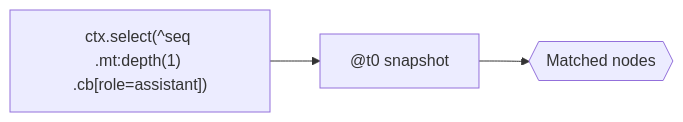
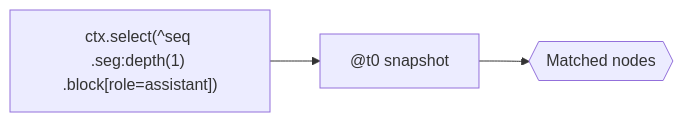
Before and after one commit to earldennison/PACT-spec: the fourth of 4 diagrams in docs/diagrams.md, drawn with Mermaid. The commit also changed other lines of this file and 16 other files, not shown here.

````diff
--- a/docs/diagrams.md
+++ b/docs/diagrams.md
@@ -56,9 +56,9 @@
 ```mermaid
 graph LR
-  selector["ctx.select(^seq .mt:depth(1) .cb[role=assistant])"]
+  selector["ctx.select(^seq .seg:depth(1) .block[role=assistant])"]
   snapshot["@t0 snapshot"]
   nodes{{Matched nodes}}
 
   selector --> snapshot --> nodes
 
 ```
````
